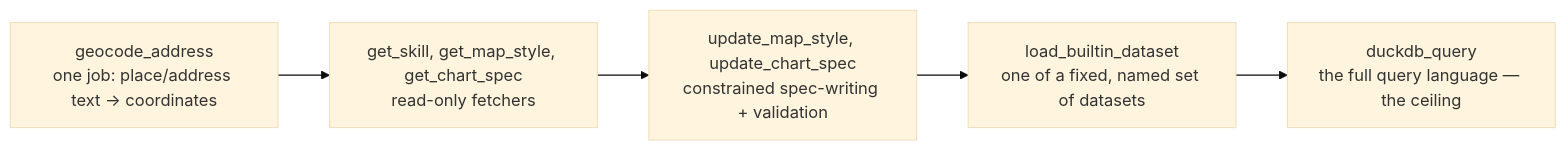
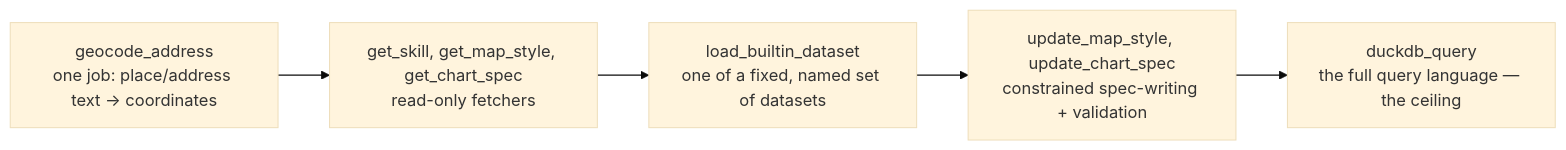
Before and after one commit to eukarya-inc/geo-chat: the second of 2 diagrams in docs/en/05-curate-your-stack.md, drawn with Mermaid (base theme).

Commit message:
docs: fix chapter 5 axis diagram to match its table

````diff
--- a/docs/en/05-curate-your-stack.md
+++ b/docs/en/05-curate-your-stack.md
@@ -84,9 +84,9 @@
 ```mermaid
 flowchart LR
     geocode["geocode_address<br/>one job: place/address text → coordinates"]
     readers["get_skill, get_map_style, get_chart_spec<br/>read-only fetchers"]
+    loader["load_builtin_dataset<br/>one of a fixed, named set of datasets"]
     writers["update_map_style, update_chart_spec<br/>constrained spec-writing + validation"]
-    loader["load_builtin_dataset<br/>one of a fixed, named set of datasets"]
     query["duckdb_query<br/>the full query language — the ceiling"]
-    geocode --> readers --> writers --> loader --> query
+    geocode --> readers --> loader --> writers --> query
 ```
````
